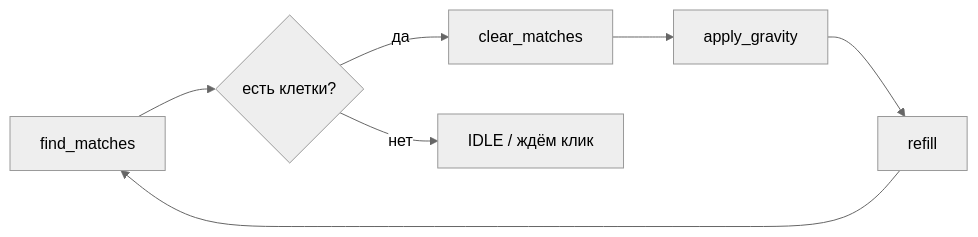
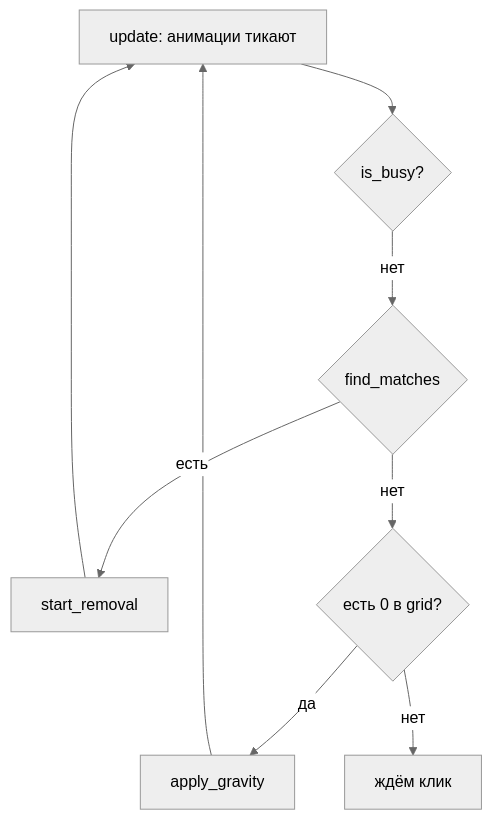
Before and after one commit to Spirzen/it-knowledge-base: the third of 3 diagrams in docs/encyclopedia/9-spinoff/9-04-razrabotka-igr/praktikum-razrabotki-igr/2.md, drawn with Mermaid (neutral theme). The commit also changed other lines of this file and 172 other files, not shown here.

````diff
--- a/docs/encyclopedia/9-spinoff/9-04-razrabotka-igr/praktikum-razrabotki-igr/2.md
+++ b/docs/encyclopedia/9-spinoff/9-04-razrabotka-igr/praktikum-razrabotki-igr/2.md
@@ -274,9 +1132,11 @@
 ```mermaid
-flowchart LR
-  A[find_matches] --> B{есть клетки?}
-  B -->|да| C[clear_matches]
-  C --> D[apply_gravity]
-  D --> E[refill]
-  E --> A
-  B -->|нет| F[IDLE / ждём клик]
+flowchart TD
+  A[update: анимации тикают] --> B{is_busy?}
+  B -->|нет| C{find_matches}
+  C -->|есть| D[start_removal]
+  C -->|нет| E{есть 0 в grid?}
+  E -->|да| F[apply_gravity]
+  E -->|нет| G[ждём клик]
+  D --> A
+  F --> A
 ```
````
